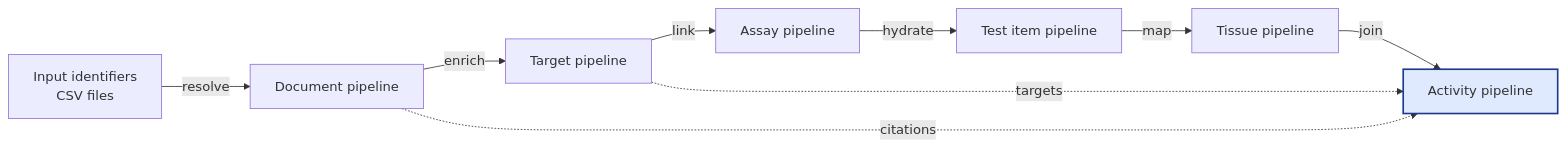
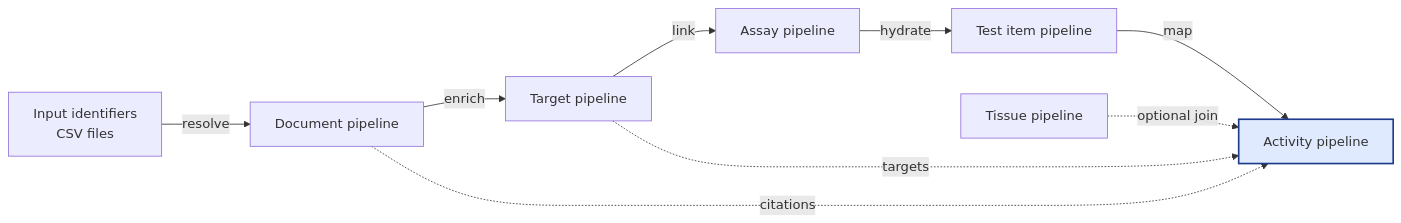
One commit to SatoryKono/ChEMBL_data_acquisition changed the diagram in README.md. Above: the diagram before and after it, drawn with Mermaid. The commit also changed other lines of this file and 4 other files, not shown here.

````diff
--- a/README.md
+++ b/README.md
@@ -16,12 +16,12 @@
 ```mermaid
 flowchart LR
     A[Input identifiers\nCSV files] -->|resolve| B[Document pipeline]
     B -->|enrich| C[Target pipeline]
     C -->|link| D[Assay pipeline]
     D -->|hydrate| E[Test item pipeline]
-    E -->|map| G[Tissue pipeline]
-    G -->|join| F[Activity pipeline]
+    E -->|map| F[Activity pipeline]
+    T[Tissue pipeline] -.->|optional join| F
     B -.->|citations| F
     C -.->|targets| F
     style F fill:#dfeaff,stroke:#1e3a8a,stroke-width:2px
 ```
````
